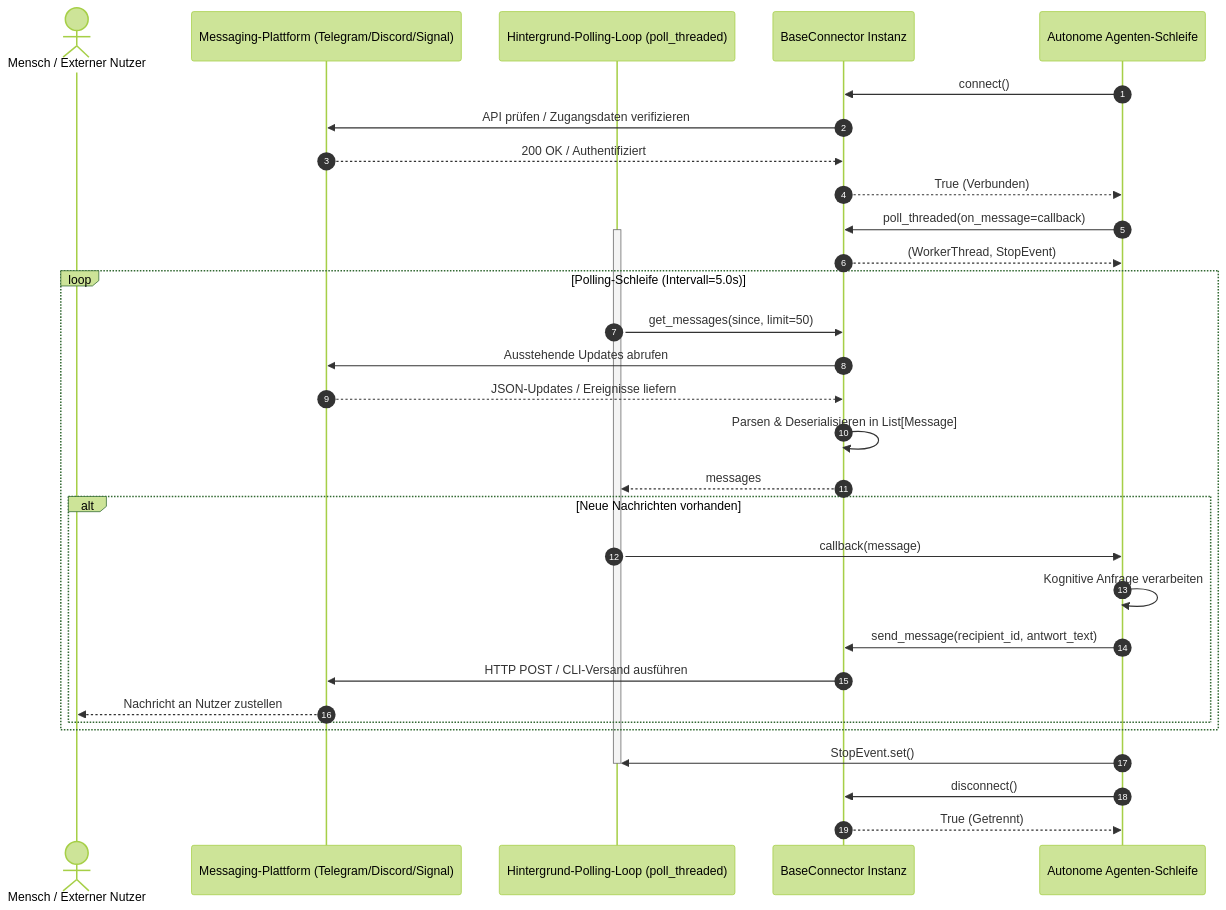
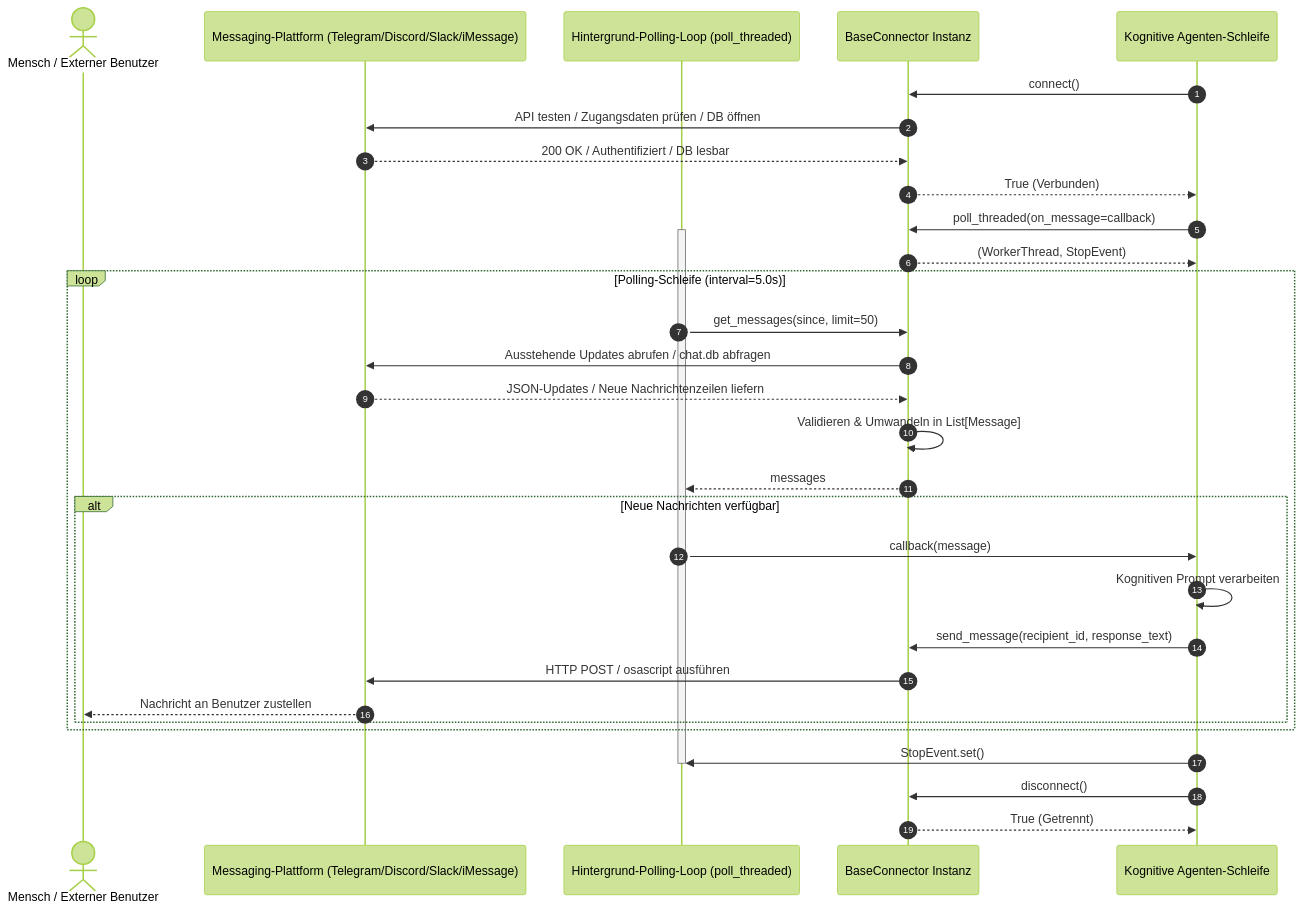
Before and after one commit to ellmos-ai/connectors: the second of 2 diagrams in README_de.md, drawn with Mermaid (forest theme). The commit also changed other lines of this file and 12 other files, not shown here.

````diff
--- a/README_de.md
+++ b/README_de.md
@@ -116,38 +129,38 @@
 ```mermaid
 sequenceDiagram
     autonumber
-    actor Operator as Mensch / Externer Nutzer
-    participant Platform as Messaging-Plattform (Telegram/Discord/Signal)
+    actor Operator as Mensch / Externer Benutzer
+    participant Platform as Messaging-Plattform (Telegram/Discord/Slack/iMessage)
     participant Worker as Hintergrund-Polling-Loop (poll_threaded)
     participant Conn as BaseConnector Instanz
-    participant Agent as Autonome Agenten-Schleife
+    participant Agent as Kognitive Agenten-Schleife
 
     Agent->>Conn: connect()
-    Conn->>Platform: API prüfen / Zugangsdaten verifizieren
-    Platform-->>Conn: 200 OK / Authentifiziert
+    Conn->>Platform: API testen / Zugangsdaten prüfen / DB öffnen
+    Platform-->>Conn: 200 OK / Authentifiziert / DB lesbar
     Conn-->>Agent: True (Verbunden)
 
     Agent->>Conn: poll_threaded(on_message=callback)
     activate Worker
     Conn-->>Agent: (WorkerThread, StopEvent)
 
-    loop Polling-Schleife (Intervall=5.0s)
+    loop Polling-Schleife (interval=5.0s)
         Worker->>Conn: get_messages(since, limit=50)
-        Conn->>Platform: Ausstehende Updates abrufen
-        Platform-->>Conn: JSON-Updates / Ereignisse liefern
-        Conn->>Conn: Parsen & Deserialisieren in List[Message]
+        Conn->>Platform: Ausstehende Updates abrufen / chat.db abfragen
+        Platform-->>Conn: JSON-Updates / Neue Nachrichtenzeilen liefern
+        Conn->>Conn: Validieren & Umwandeln in List[Message]
         Conn-->>Worker: messages
-        alt Neue Nachrichten vorhanden
+        alt Neue Nachrichten verfügbar
             Worker->>Agent: callback(message)
-            Agent->>Agent: Kognitive Anfrage verarbeiten
-            Agent->>Conn: send_message(recipient_id, antwort_text)
-            Conn->>Platform: HTTP POST / CLI-Versand ausführen
-            Platform-->>Operator: Nachricht an Nutzer zustellen
+            Agent->>Agent: Kognitiven Prompt verarbeiten
+            Agent->>Conn: send_message(recipient_id, response_text)
+            Conn->>Platform: HTTP POST / osascript ausführen
+            Platform-->>Operator: Nachricht an Benutzer zustellen
         end
     end
 
     Agent->>Worker: StopEvent.set()
     deactivate Worker
     Agent->>Conn: disconnect()
     Conn-->>Agent: True (Getrennt)
 ```
````
